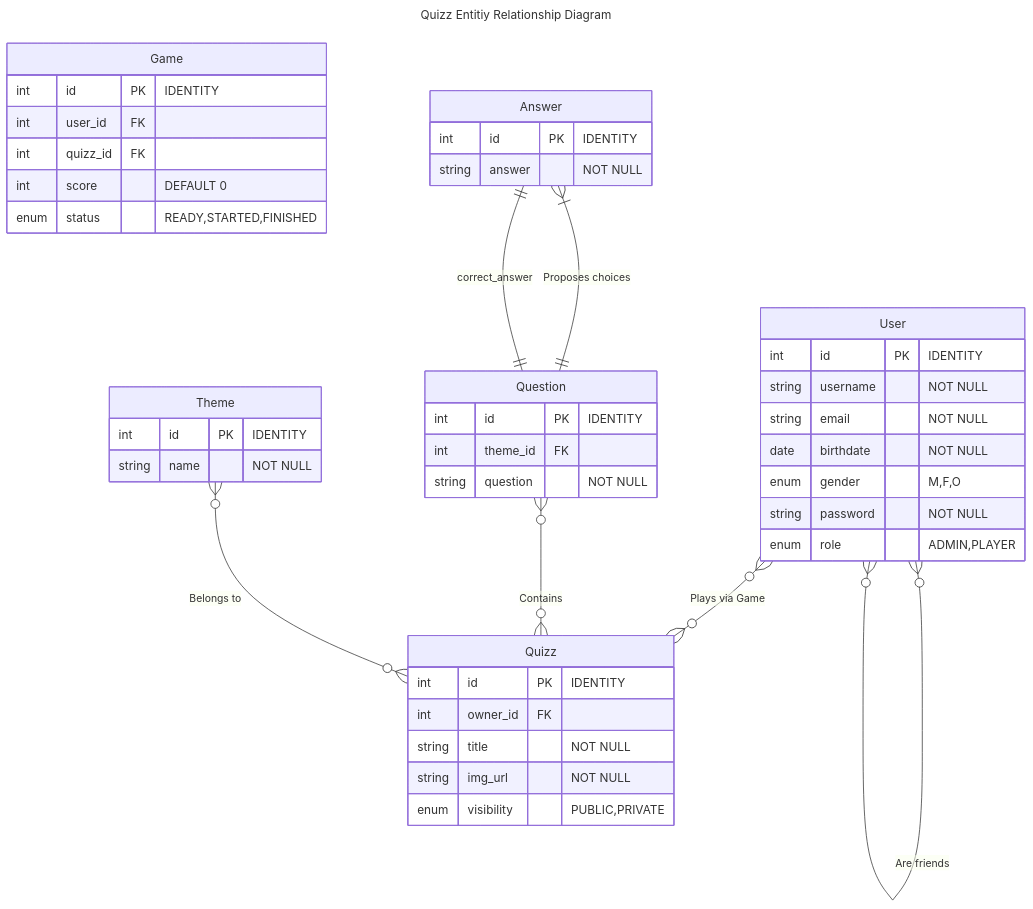
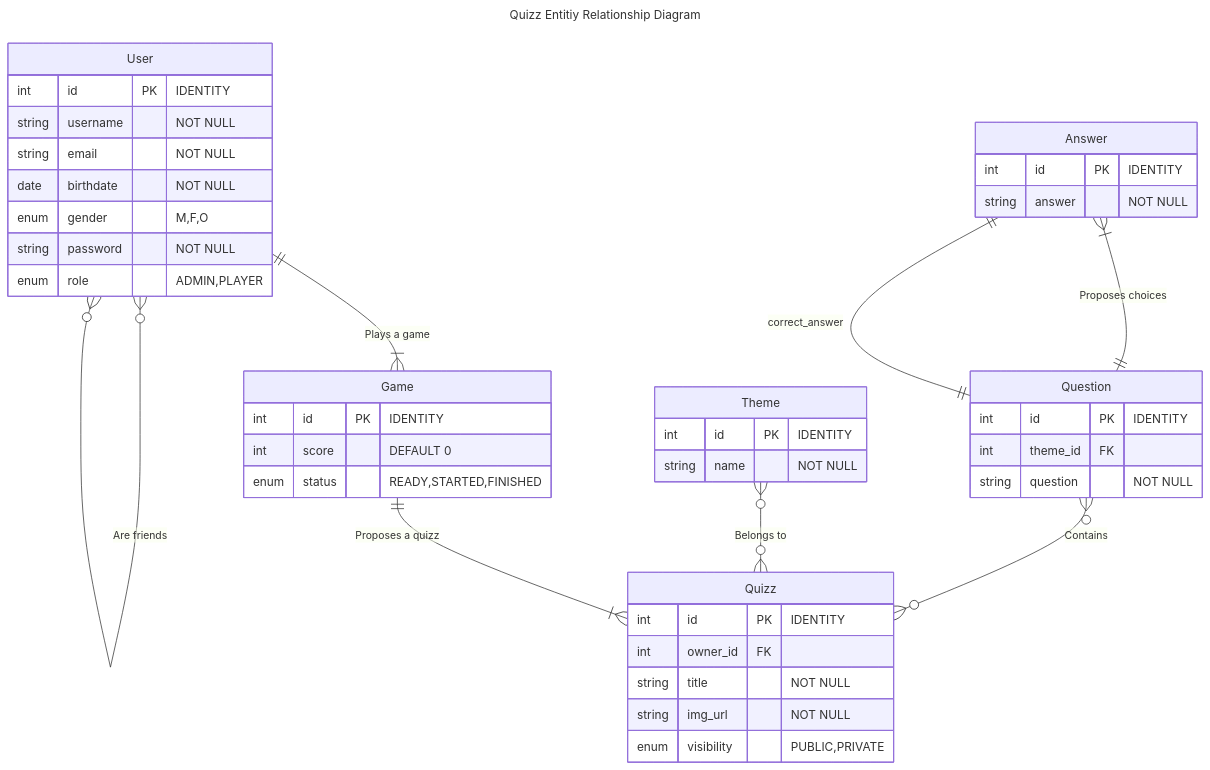
Before and after one commit to efemero-formation-fullstack/quizz: the diagram in README.md, drawn with Mermaid. The commit also changed 13 other files, not shown here.

````diff
--- a/README.md
+++ b/README.md
@@ -5,57 +5,56 @@
 ```mermaid
 ---
 title: Quizz Entitiy Relationship Diagram
 ---
 
 erDiagram
 	User {
 		int id PK "IDENTITY"
 		string username "NOT NULL"
 		string email "NOT NULL"
 		date birthdate "NOT NULL"
 		enum gender "M,F,O"
 		string password "NOT NULL"
 		enum role "ADMIN,PLAYER"
 	}
 
     Quizz {
 		int id PK "IDENTITY"
         int owner_id FK
         string title "NOT NULL"
         string img_url "NOT NULL"
         enum visibility "PUBLIC,PRIVATE"
     }
 
 
     Game {
 		int id PK "IDENTITY"
-        int user_id FK
-        int quizz_id FK
         int score "DEFAULT 0"
         enum status "READY,STARTED,FINISHED"
         
     }
 
     Question {
 		int id PK "IDENTITY"
         int theme_id FK
         string question "NOT NULL"
     }
 
     Answer {
 		int id PK "IDENTITY"
         string answer "NOT NULL"
     }
 
     Theme {
 		int id PK "IDENTITY"
         string name "NOT NULL"
     }
 
-	User }o--o{ Quizz : "Plays via Game"
 	User }o--o{ User : "Are friends"
 	Question }o--o{ Quizz : "Contains"
 	Theme }o--o{ Quizz : "Belongs to"
 	Answer }|--|| Question : "Proposes choices"
+	User ||--|{ Game : "Plays a game"
+	Game ||--|{ Quizz : "Proposes a quizz"
 	Answer ||--|| Question : "correct_answer"
 ```
````
